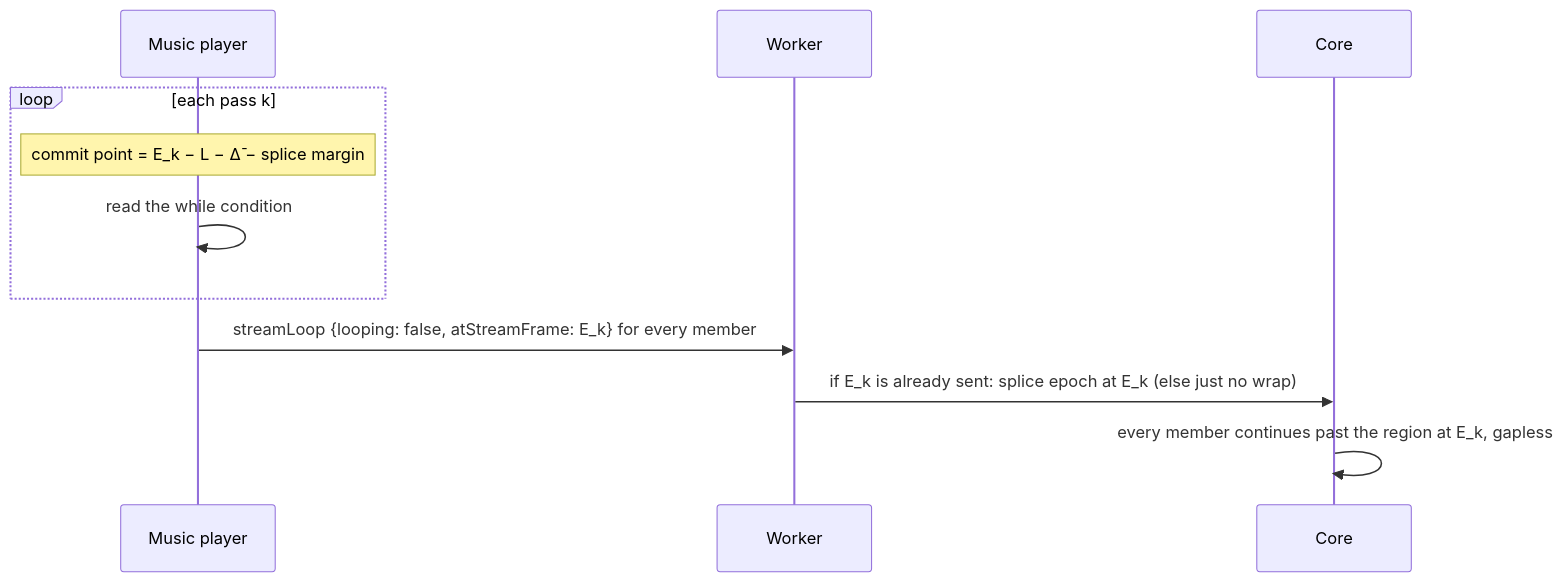
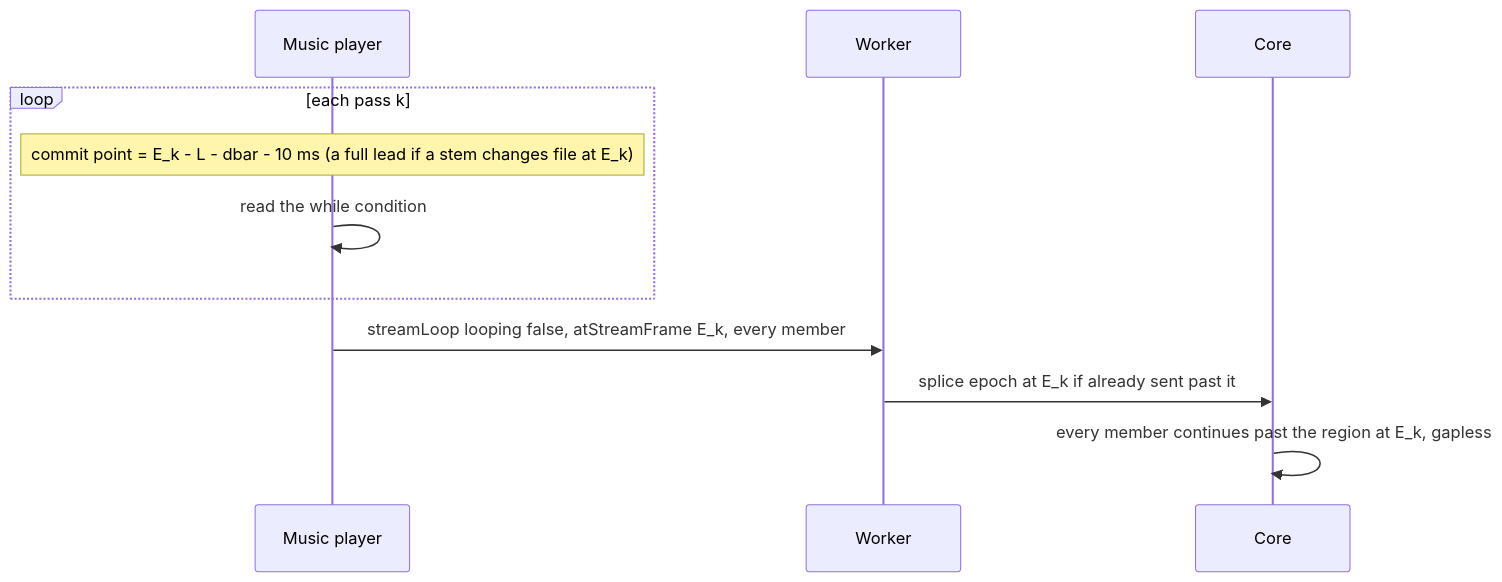
The seventh of 9 diagrams in docs/design/0166-audio-music/architecture.md (doughtnerd/TranquilityEngine), drawn with Mermaid before and after one commit. The commit also changed other lines of this file and 1 other file, not shown here.

First line of the commit message:
0166 round 2B: architecture and contracts revised under rulings R1-R24

````diff
--- a/docs/design/0166-audio-music/architecture.md
+++ b/docs/design/0166-audio-music/architecture.md
@@ -232,13 +268,13 @@
 ```mermaid
 sequenceDiagram
   participant P as Music player
   participant W as Worker
   participant K as Core
   loop each pass k
-    Note over P: commit point = E_k − L − Δ̄ − splice margin
+    Note over P: commit point = E_k - L - dbar - 10 ms (a full lead if a stem changes file at E_k)
     P->>P: read the while condition
   end
-  P->>W: streamLoop {looping: false, atStreamFrame: E_k} for every member
-  W->>K: if E_k is already sent: splice epoch at E_k (else just no wrap)
+  P->>W: streamLoop looping false, atStreamFrame E_k, every member
+  W->>K: splice epoch at E_k if already sent past it
   K->>K: every member continues past the region at E_k, gapless
 ```
````
